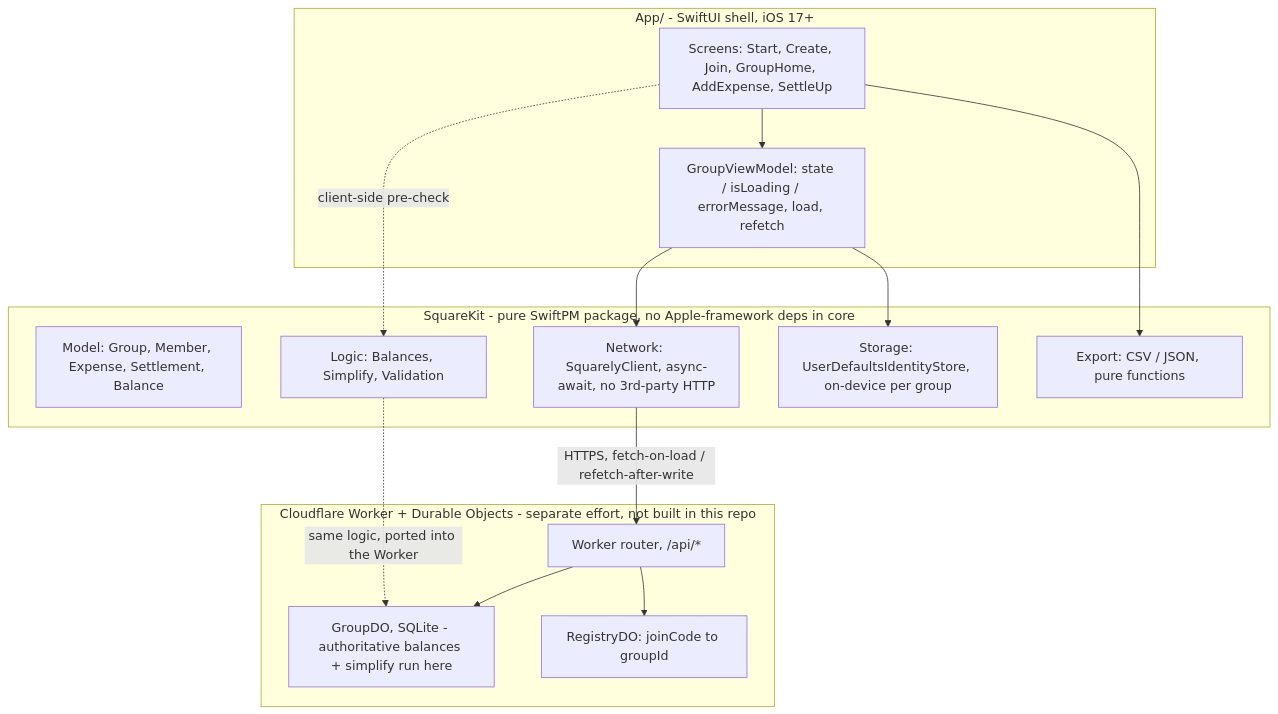
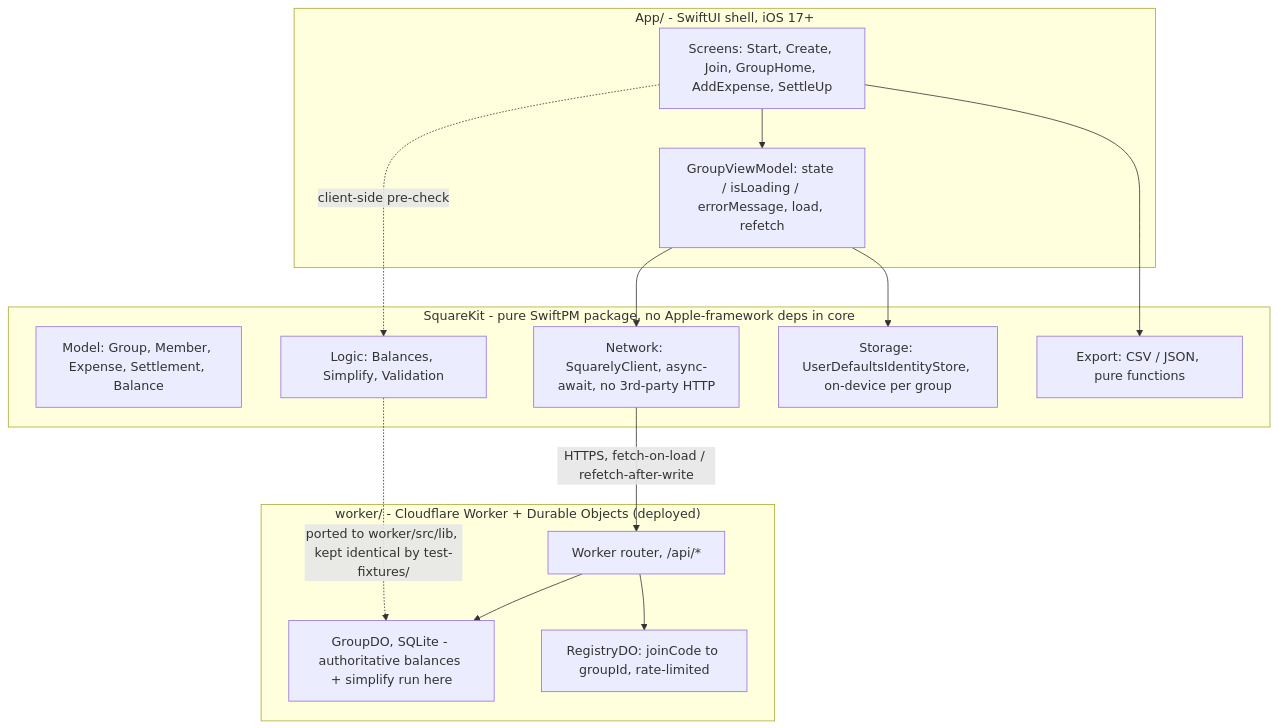
One commit to nakka-labs/clantab-ios changed the diagram in README.md. Above: the diagram before and after it, drawn with Mermaid. The commit also changed other lines of this file and 6 other files, not shown here.

````diff
--- a/README.md
+++ b/README.md
@@ -35,32 +40,32 @@
 ```mermaid
 flowchart TB
     subgraph app["App/ - SwiftUI shell, iOS 17+"]
         screens["Screens: Start, Create, Join, GroupHome, AddExpense, SettleUp"]
         vm["GroupViewModel: state / isLoading / errorMessage, load, refetch"]
         screens --> vm
     end
 
     subgraph kit["SquareKit - pure SwiftPM package, no Apple-framework deps in core"]
         model["Model: Group, Member, Expense, Settlement, Balance"]
         logic["Logic: Balances, Simplify, Validation"]
         client["Network: SquarelyClient, async-await, no 3rd-party HTTP"]
         store["Storage: UserDefaultsIdentityStore, on-device per group"]
         export["Export: CSV / JSON, pure functions"]
     end
 
     vm --> client
     vm --> store
     screens --> export
     screens -.->|"client-side pre-check"| logic
     client -->|"HTTPS, fetch-on-load / refetch-after-write"| worker
 
-    subgraph backend["Cloudflare Worker + Durable Objects - separate effort, not built in this repo"]
+    subgraph backend["worker/ - Cloudflare Worker + Durable Objects (deployed)"]
         worker["Worker router, /api/*"]
         groupdo["GroupDO, SQLite - authoritative balances + simplify run here"]
-        registrydo["RegistryDO: joinCode to groupId"]
+        registrydo["RegistryDO: joinCode to groupId, rate-limited"]
         worker --> groupdo
         worker --> registrydo
     end
 
-    logic -.->|"same logic, ported into the Worker"| groupdo
+    logic -.->|"ported to worker/src/lib, kept identical by test-fixtures/"| groupdo
 ```
````
